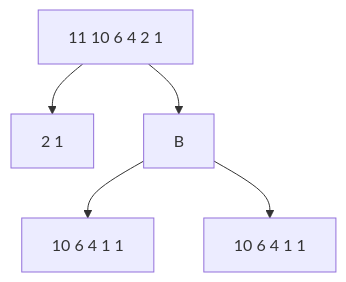
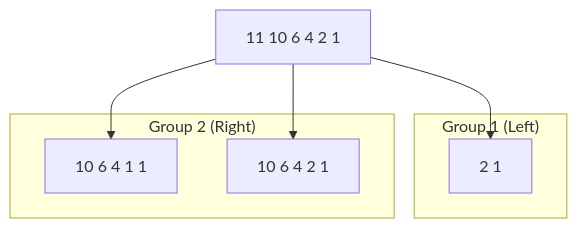
Before and after one commit to zedttxj/Image-Processing-Tool-with-Matlab: the second of 2 diagrams in optional/PDilation-reversedPDilation.md, drawn with Mermaid.

````diff
--- a/optional/PDilation-reversedPDilation.md
+++ b/optional/PDilation-reversedPDilation.md
@@ -260,7 +260,18 @@
 ```mermaid
 graph TD;
-    C[11 10 6 4 2 1] --> A[2 1];
-    C[11 10 6 4 2 1] --> B;
-    B --> D[10 6 4 1 1];
-    B --> E[10 6 4 1 1];
+
+    C[11 10 6 4 2 1]
+
+    subgraph Group1["Group 1 (Left)"]
+        A[2 1]
+    end
+
+    subgraph Group2["Group 2 (Right)"]
+        D[10 6 4 1 1]
+        E[10 6 4 2 1]
+    end
+
+    C --> A
+    C --> D
+    C --> E
 ```
````
